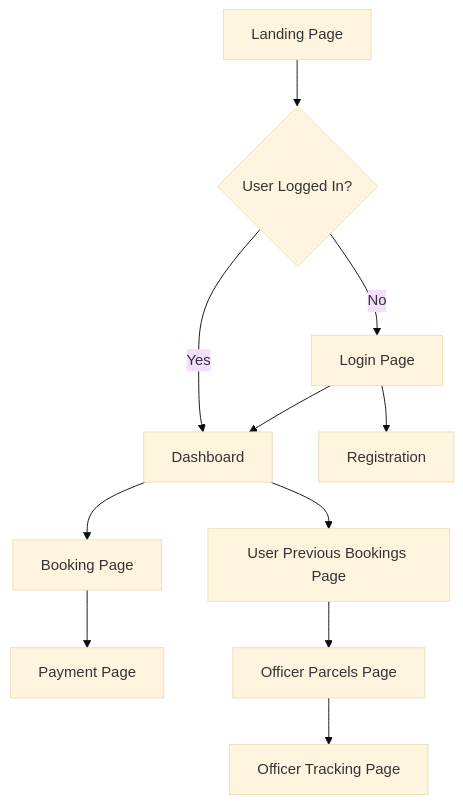
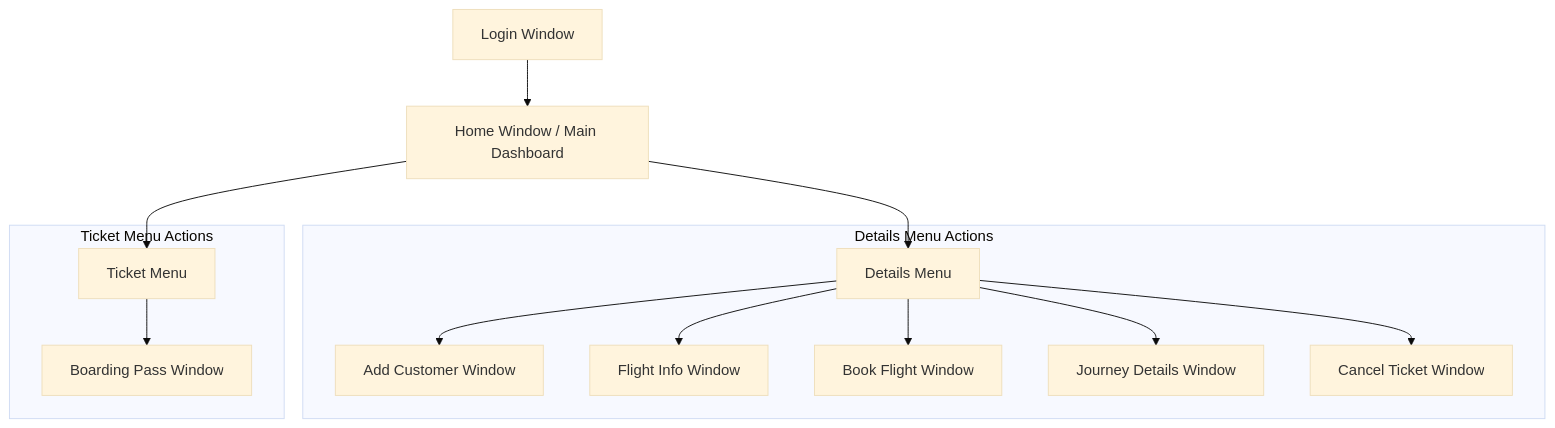
One commit to Barath-07-tech/codebase_doc_llm changed the first of 3 diagrams in output/docs/web.md. Above: the diagram before and after it, drawn with Mermaid (base theme). The commit also changed other lines of this file and 16 other files, not shown here.

````diff
--- a/output/docs/web.md
+++ b/output/docs/web.md
@@ -36,13 +65,18 @@
 ```mermaid
 graph TD
-    A[Landing Page] --> B{User Logged In?}
-    B -->|No| C[Login Page]
-    B -->|Yes| D[Dashboard]
-    C --> E[Registration]
-    C --> D
-    D --> F[Booking Page]
-    D --> G[User Previous Bookings Page]
-    F --> H[Payment Page]
-    G --> I[Officer Parcels Page]
-    I --> J[Officer Tracking Page]
+    A[Login Window] --> B[Home Window / Main Dashboard]
+    B --> C[Details Menu]
+    B --> D[Ticket Menu]
+    
+    subgraph "Details Menu Actions"
+        C --> E[Add Customer Window]
+        C --> F[Flight Info Window]
+        C --> G[Book Flight Window]
+        C --> H[Journey Details Window]
+        C --> I[Cancel Ticket Window]
+    end
+
+    subgraph "Ticket Menu Actions"
+        D --> J[Boarding Pass Window]
+    end
 ```
````
